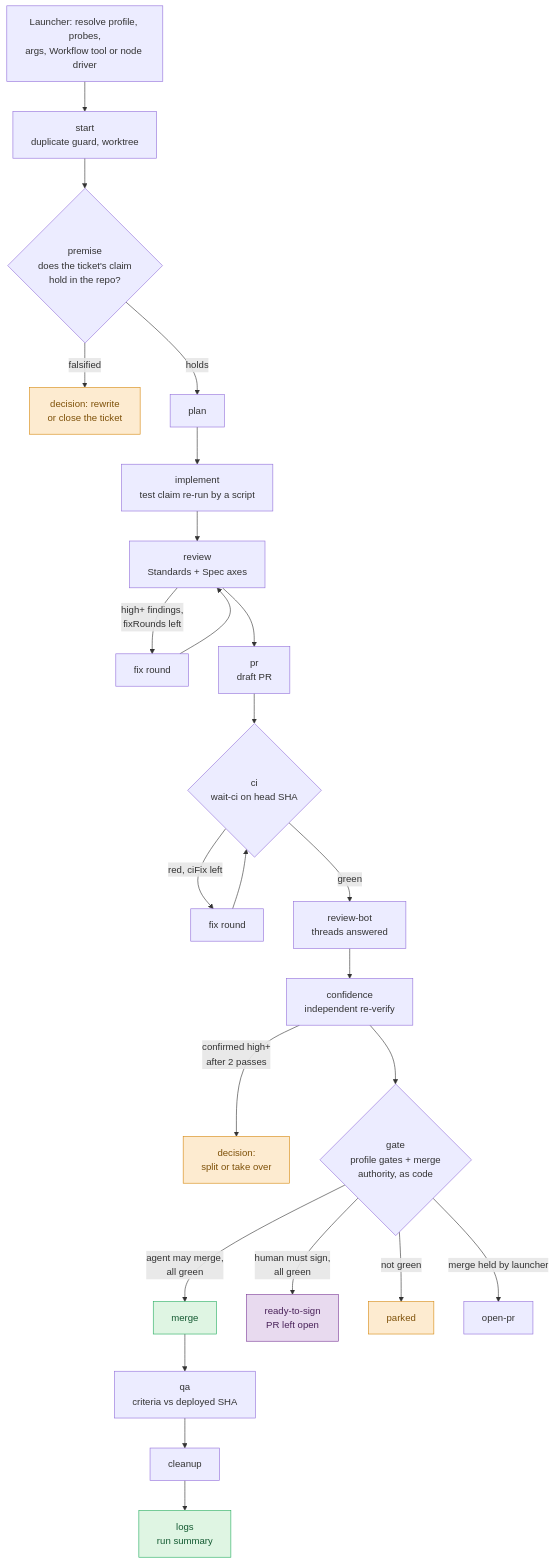
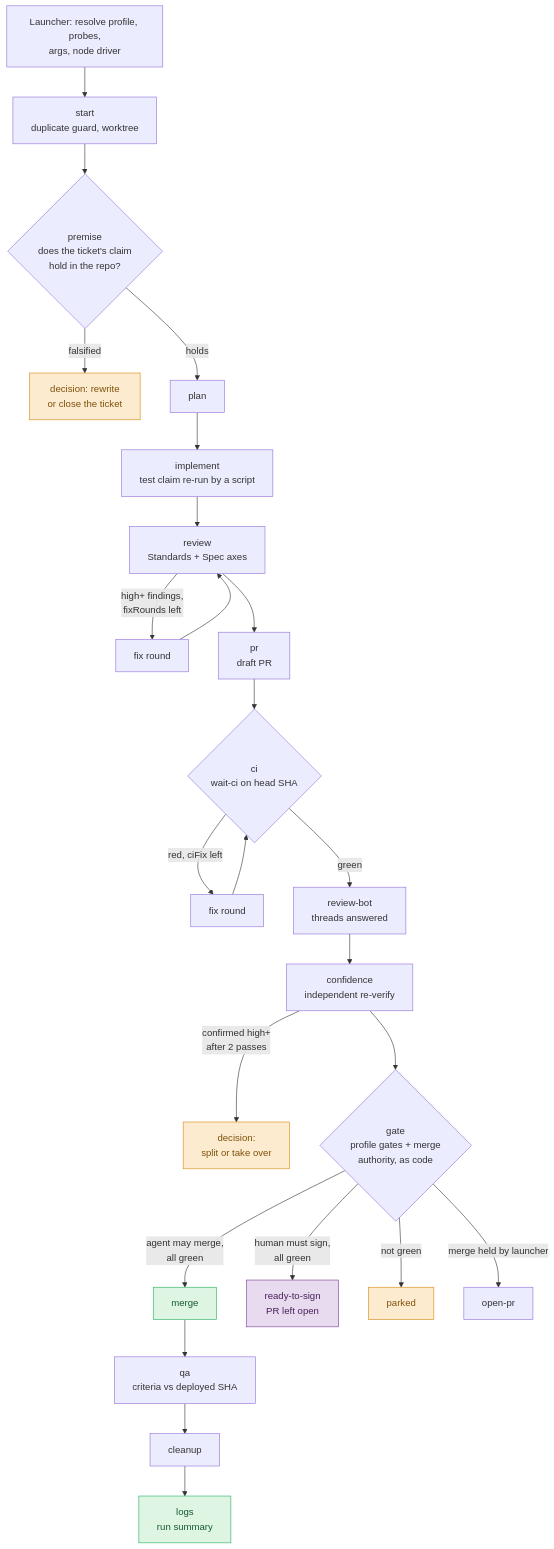
The fourth of 6 diagrams in README.md (Aberratio/tiller), drawn with Mermaid before and after one commit. The commit also changed other lines of this file and 14 other files, not shown here.

First line of the commit message:
docs: describe the runner as the Node driver throughout

````diff
--- a/README.md
+++ b/README.md
@@ -265,30 +260,30 @@
 ```mermaid
 flowchart TD
-    L["Launcher: resolve profile, probes,<br/>args, Workflow tool or node driver"] --> start
+    L["Launcher: resolve profile, probes,<br/>args, node driver"] --> start
     start["start<br/>duplicate guard, worktree"] --> premise
     premise{"premise<br/>does the ticket's claim<br/>hold in the repo?"} -->|falsified| PARK1["decision: rewrite<br/>or close the ticket"]
     premise -->|holds| plan["plan"]
     plan --> impl["implement<br/>test claim re-run by a script"]
     impl --> review["review<br/>Standards + Spec axes"]
     review -->|"high+ findings,<br/>fixRounds left"| fix1["fix round"] --> review
     review --> pr["pr<br/>draft PR"]
     pr --> ci{"ci<br/>wait-ci on head SHA"}
     ci -->|"red, ciFix left"| fix2["fix round"] --> ci
     ci -->|green| bot["review-bot<br/>threads answered"]
     bot --> conf["confidence<br/>independent re-verify"]
     conf -->|"confirmed high+<br/>after 2 passes"| PARK2["decision:<br/>split or take over"]
     conf --> gate{"gate<br/>profile gates + merge<br/>authority, as code"}
     gate -->|"agent may merge,<br/>all green"| merge["merge"]
     gate -->|"human must sign,<br/>all green"| RTS["ready-to-sign<br/>PR left open"]
     gate -->|not green| PARK3["parked"]
     gate -->|"merge held by launcher"| OPEN["open-pr"]
     merge --> qa["qa<br/>criteria vs deployed SHA"]
     qa --> clean["cleanup"] --> logs["logs<br/>run summary"]
 
     classDef park fill:#fdebd0,stroke:#d68910,color:#7e5109
     classDef sign fill:#e8daef,stroke:#7d3c98,color:#4a235a
     classDef done fill:#dff5e3,stroke:#27ae60,color:#145a32
     class PARK1,PARK2,PARK3 park
     class RTS sign
     class merge,logs done
 ```
````
